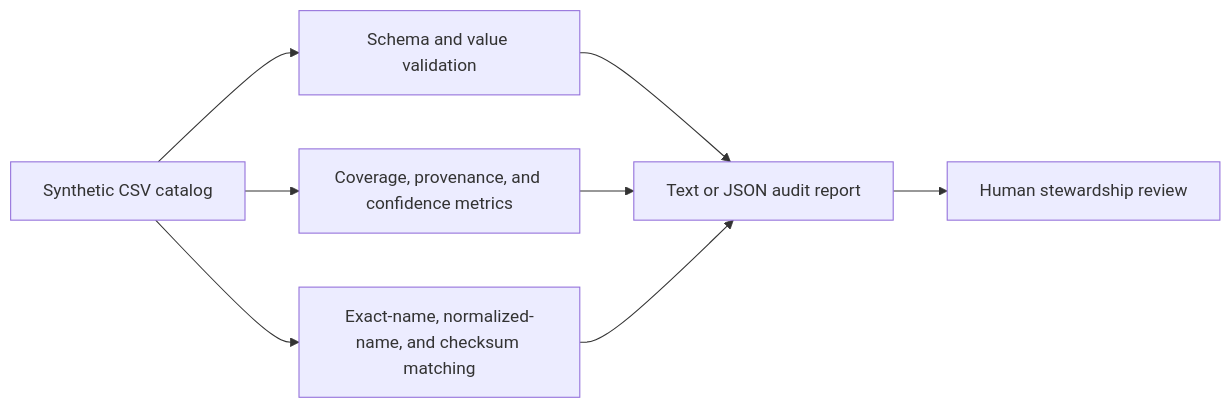
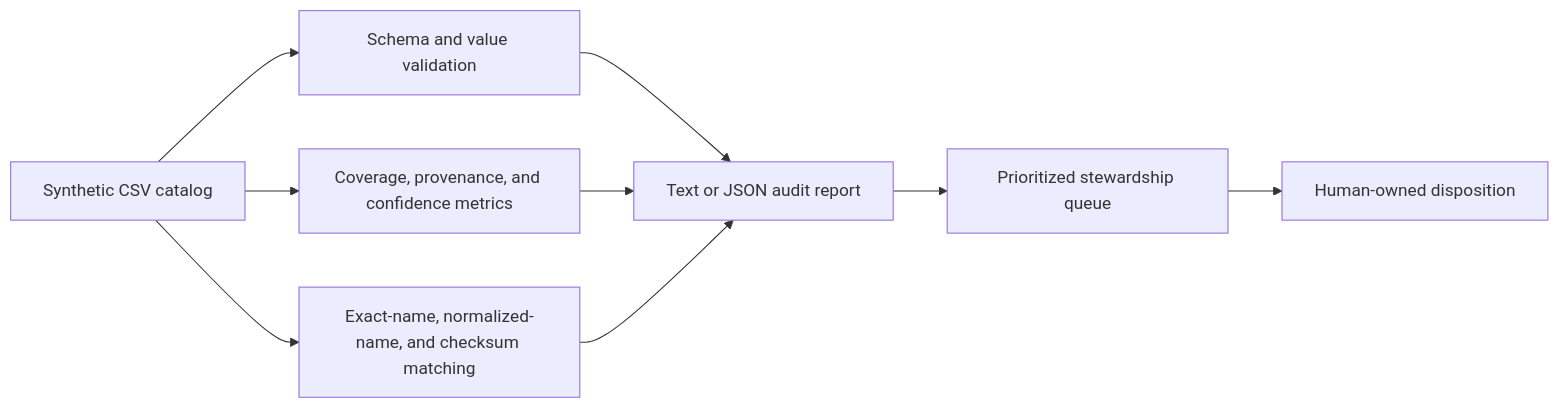
Before and after one commit to Jnapier2/digital-asset-governance-case-study: the diagram in README.md, drawn with Mermaid. The commit also changed other lines of this file and 3 other files, not shown here.

First line of the commit message:
Prioritize governance review queue (#2)

````diff
--- a/README.md
+++ b/README.md
@@ -25,10 +26,11 @@
 ```mermaid
 flowchart LR
     A["Synthetic CSV catalog"] --> B["Schema and value validation"]
     A --> C["Coverage, provenance, and confidence metrics"]
     A --> D["Exact-name, normalized-name, and checksum matching"]
     B --> E["Text or JSON audit report"]
     C --> E
     D --> E
-    E --> F["Human stewardship review"]
+    E --> F["Prioritized stewardship queue"]
+    F --> G["Human-owned disposition"]
 ```
````
